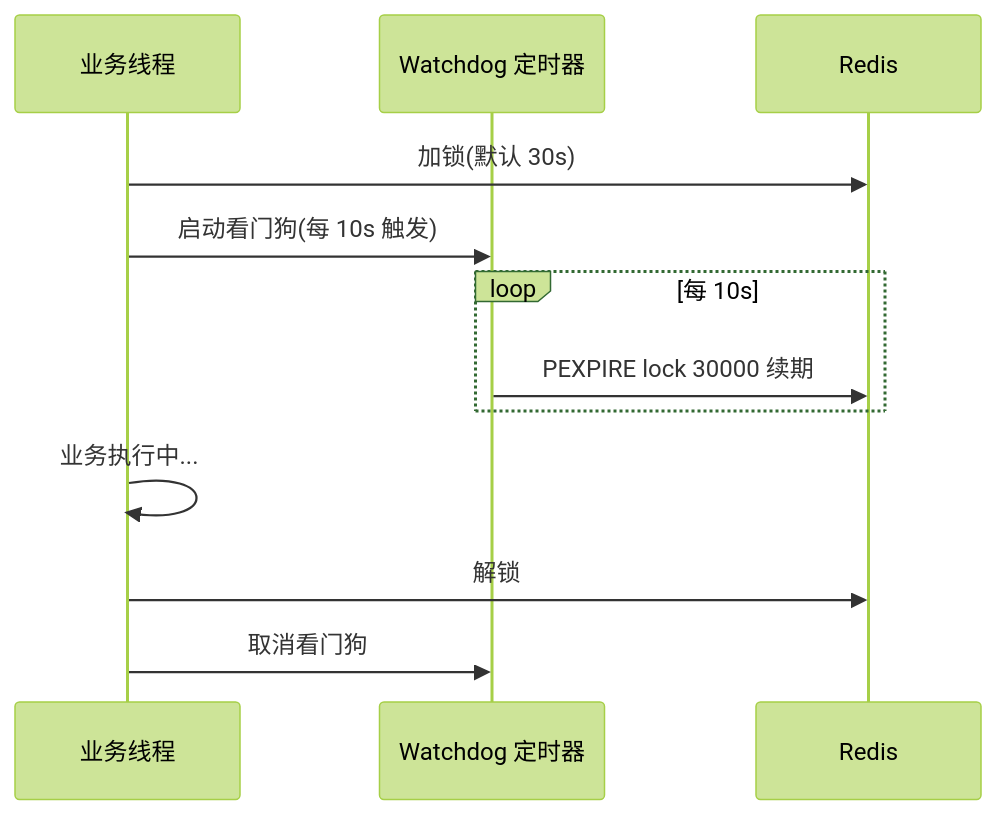
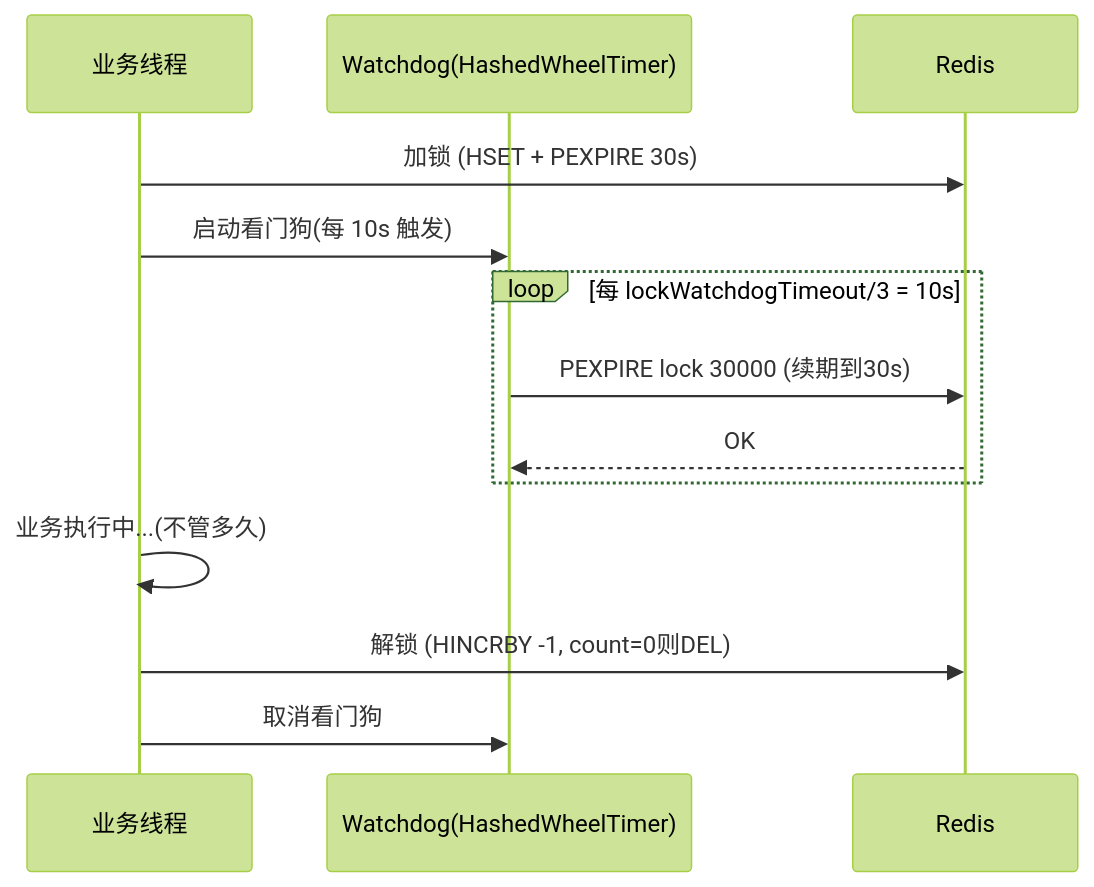
One commit to qigao0787-ops/gq-test changed diagram 12 of 47 in document/strengthen/分布式技术面试总结_增强版.md. Above: the diagram before and after it, drawn with Mermaid (forest theme). The commit also changed other lines of this file, not shown here.

````diff
--- a/document/strengthen/分布式技术面试总结_增强版.md
+++ b/document/strengthen/分布式技术面试总结_增强版.md
@@ -388,15 +903,16 @@
 ```mermaid
 sequenceDiagram
     participant T as 业务线程
-    participant W as Watchdog 定时器
+    participant W as Watchdog(HashedWheelTimer)
     participant R as Redis
 
-    T->>R: 加锁(默认 30s)
+    T->>R: 加锁 (HSET + PEXPIRE 30s)
     T->>W: 启动看门狗(每 10s 触发)
-    loop 每 10s
-        W->>R: PEXPIRE lock 30000 续期
+    loop 每 lockWatchdogTimeout/3 = 10s
+        W->>R: PEXPIRE lock 30000 (续期到30s)
+        R-->>W: OK
     end
-    T->>T: 业务执行中...
-    T->>R: 解锁
+    T->>T: 业务执行中...(不管多久)
+    T->>R: 解锁 (HINCRBY -1, count=0则DEL)
     T->>W: 取消看门狗
 ```
````
